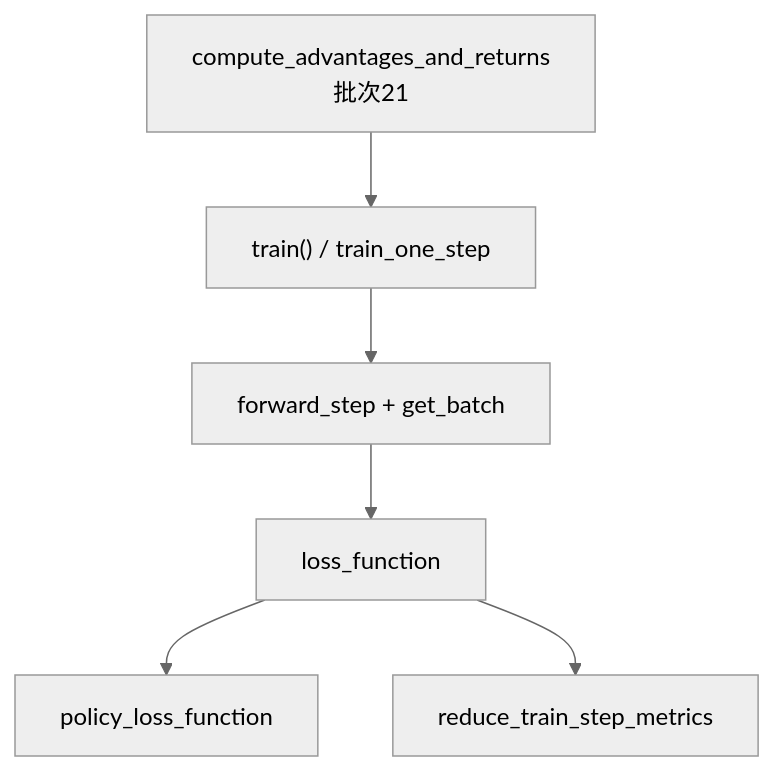
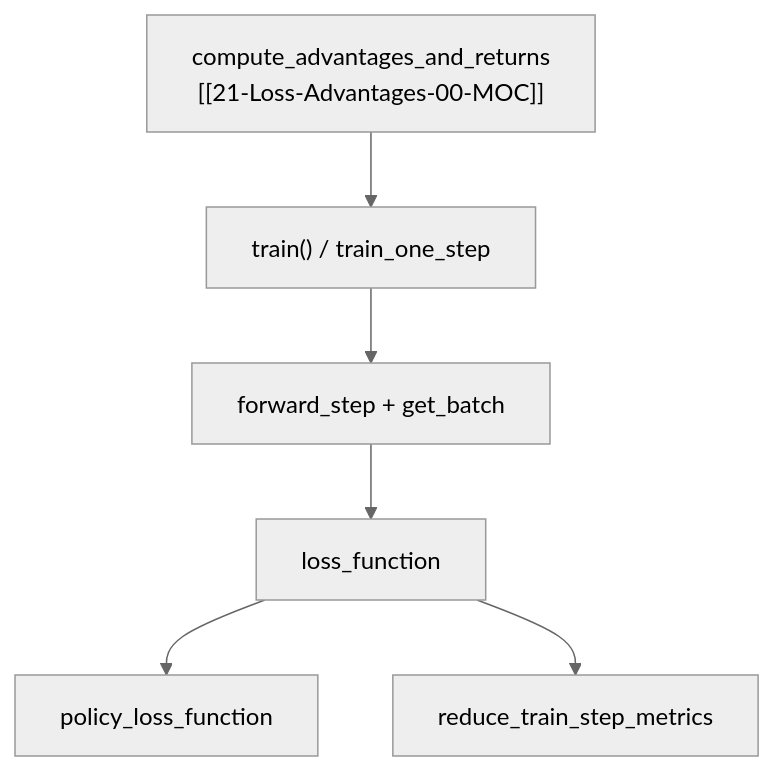
Before and after one commit to OnlyHero5/ai-infra-reading-vault: the diagram in slime_reading/04-训练后端/22-Loss-Policy/22-Loss-Policy-03-数据流与交互.md, drawn with Mermaid (neutral theme). The commit also changed other lines of this file and 421 other files, not shown here.

````diff
--- a/slime_reading/04-训练后端/22-Loss-Policy/22-Loss-Policy-03-数据流与交互.md
+++ b/slime_reading/04-训练后端/22-Loss-Policy/22-Loss-Policy-03-数据流与交互.md
@@ -20,14 +20,14 @@
 ```mermaid
 flowchart TB
-    ADV["compute_advantages_and_returns<br/>批次21"]
+    ADV["compute_advantages_and_returns<br/>[[21-Loss-Advantages-00-MOC]]"]
     TR["train() / train_one_step"]
     FS["forward_step + get_batch"]
     LF["loss_function"]
     PL["policy_loss_function"]
     RED["reduce_train_step_metrics"]
 
     ADV --> TR
     TR --> FS --> LF
     LF --> PL
     LF --> RED
 ```
````
